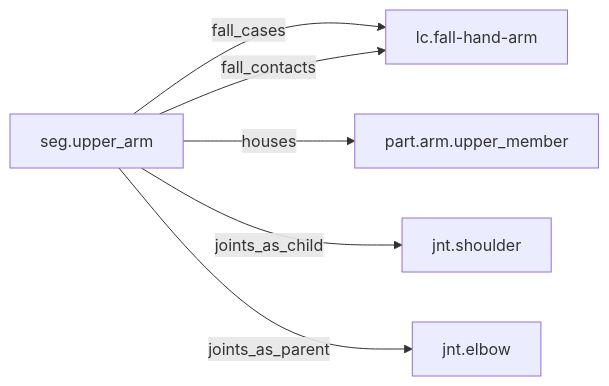
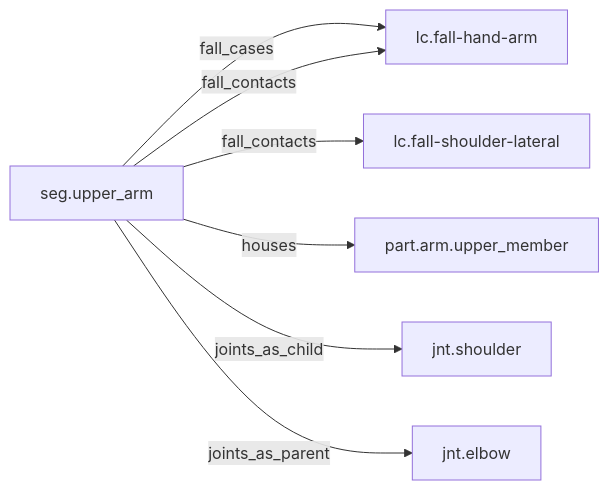
The diagram in thread/dossiers/seg.upper_arm.md (JoeCiampa3/freyja), drawn with Mermaid before and after one commit. The commit also changed other lines of this file and 11 other files, not shown here.

First line of the commit message:
T2: lc.fall-shoulder-lateral gains contact_in: seg.upper_arm (adr-0045 D5(d))

````diff
--- a/thread/dossiers/seg.upper_arm.md
+++ b/thread/dossiers/seg.upper_arm.md
@@ -75,13 +75,15 @@
 ```mermaid
 graph LR
   n0["seg.upper_arm"]
   n1["jnt.elbow"]
   n2["jnt.shoulder"]
   n3["lc.fall-hand-arm"]
-  n4["part.arm.upper_member"]
+  n4["lc.fall-shoulder-lateral"]
+  n5["part.arm.upper_member"]
   n0 -->|fall_cases| n3
   n0 -->|fall_contacts| n3
-  n0 -->|houses| n4
+  n0 -->|fall_contacts| n4
+  n0 -->|houses| n5
   n0 -->|joints_as_child| n2
   n0 -->|joints_as_parent| n1
 ```
````
